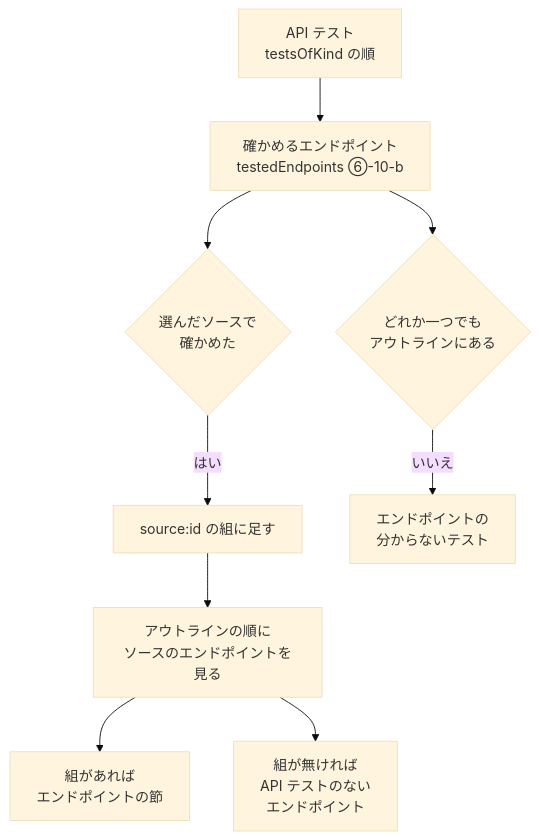
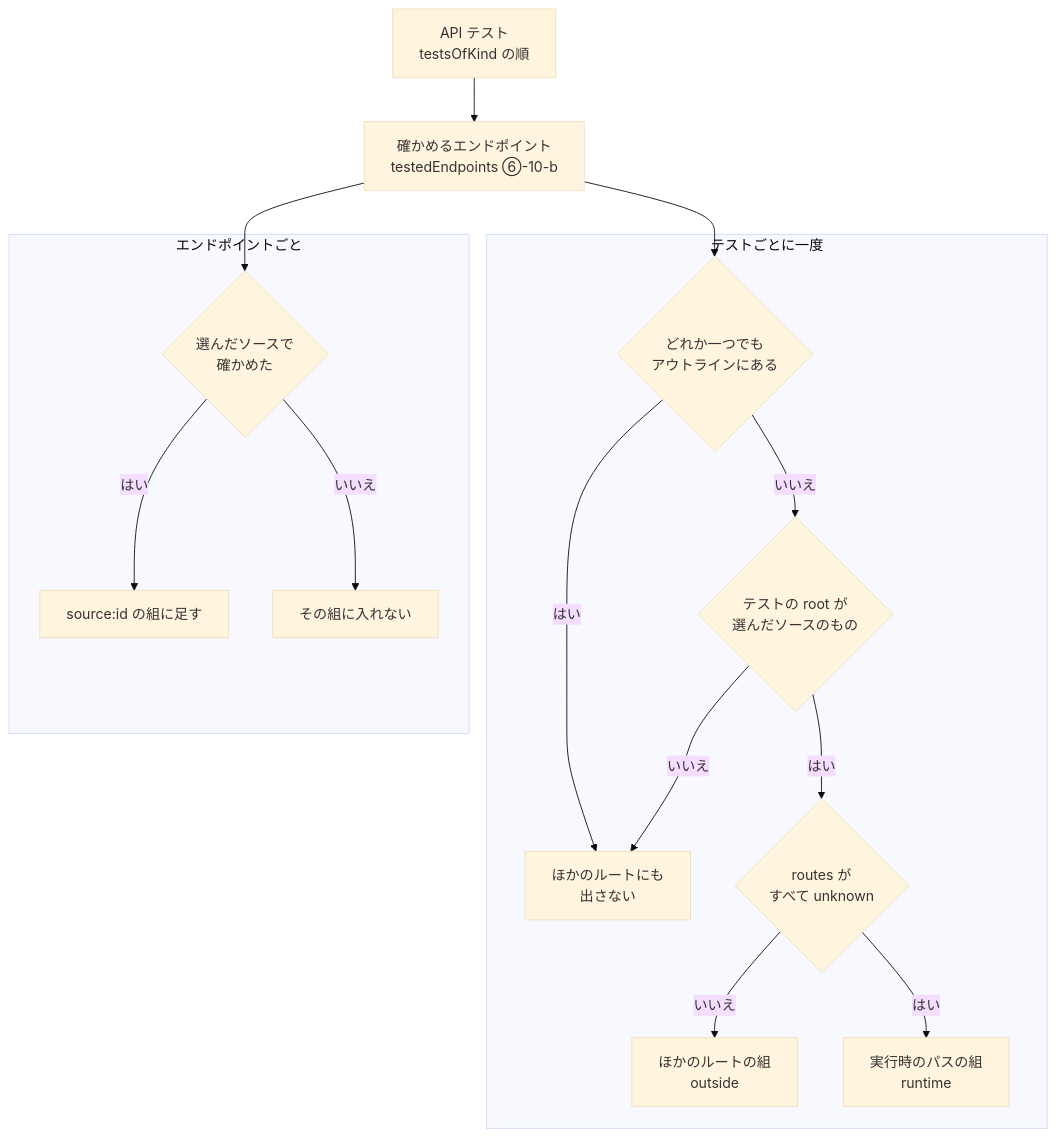
Before and after one commit to maronnjapan/maronn-openid-connect: diagram 20 of 42 in apps/tests/docs/06-viewer.md, drawn with Mermaid (base theme). The commit also changed other lines of this file and 11 other files, not shown here.

````diff
--- a/apps/tests/docs/06-viewer.md
+++ b/apps/tests/docs/06-viewer.md
@@ -1085,20 +1522,29 @@
 ```mermaid
 flowchart TB
   A["API テスト<br/>testsOfKind の順"]
   B["確かめるエンドポイント<br/>testedEndpoints ⑥-10-b"]
-  C{"選んだソースで<br/>確かめた"}
-  E["source:id の組に足す"]
-  K{"どれか一つでも<br/>アウトラインにある"}
-  G["エンドポイントの<br/>分からないテスト"]
-  O["アウトラインの順に<br/>ソースのエンドポイントを見る"]
-  I["組があれば<br/>エンドポイントの節"]
-  J["組が無ければ<br/>API テストのない<br/>エンドポイント"]
+  subgraph PER["エンドポイントごと"]
+    C{"選んだソースで<br/>確かめた"}
+    E["source:id の組に足す"]
+    G["その組に入れない"]
+  end
+  subgraph ONCE["テストごとに一度"]
+    K{"どれか一つでも<br/>アウトラインにある"}
+    S{"テストの root が<br/>選んだソースのもの"}
+    W{"routes が<br/>すべて unknown"}
+    O["ほかのルートの組<br/>outside"]
+    R["実行時のパスの組<br/>runtime"]
+    N["ほかのルートにも<br/>出さない"]
+  end
   A --> B
   B --> C
   C -->|"はい"| E
+  C -->|"いいえ"| G
   B --> K
-  K -->|"いいえ"| G
-  E --> O
-  O --> I
-  O --> J
+  K -->|"はい"| N
+  K -->|"いいえ"| S
+  S -->|"いいえ"| N
+  S -->|"はい"| W
+  W -->|"いいえ"| O
+  W -->|"はい"| R
 ```
````
